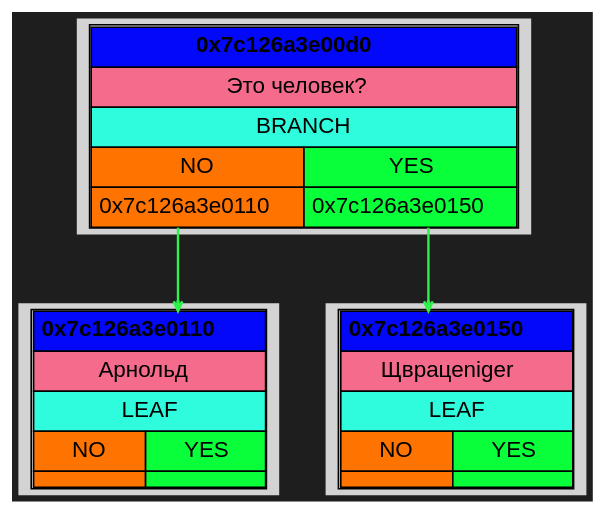
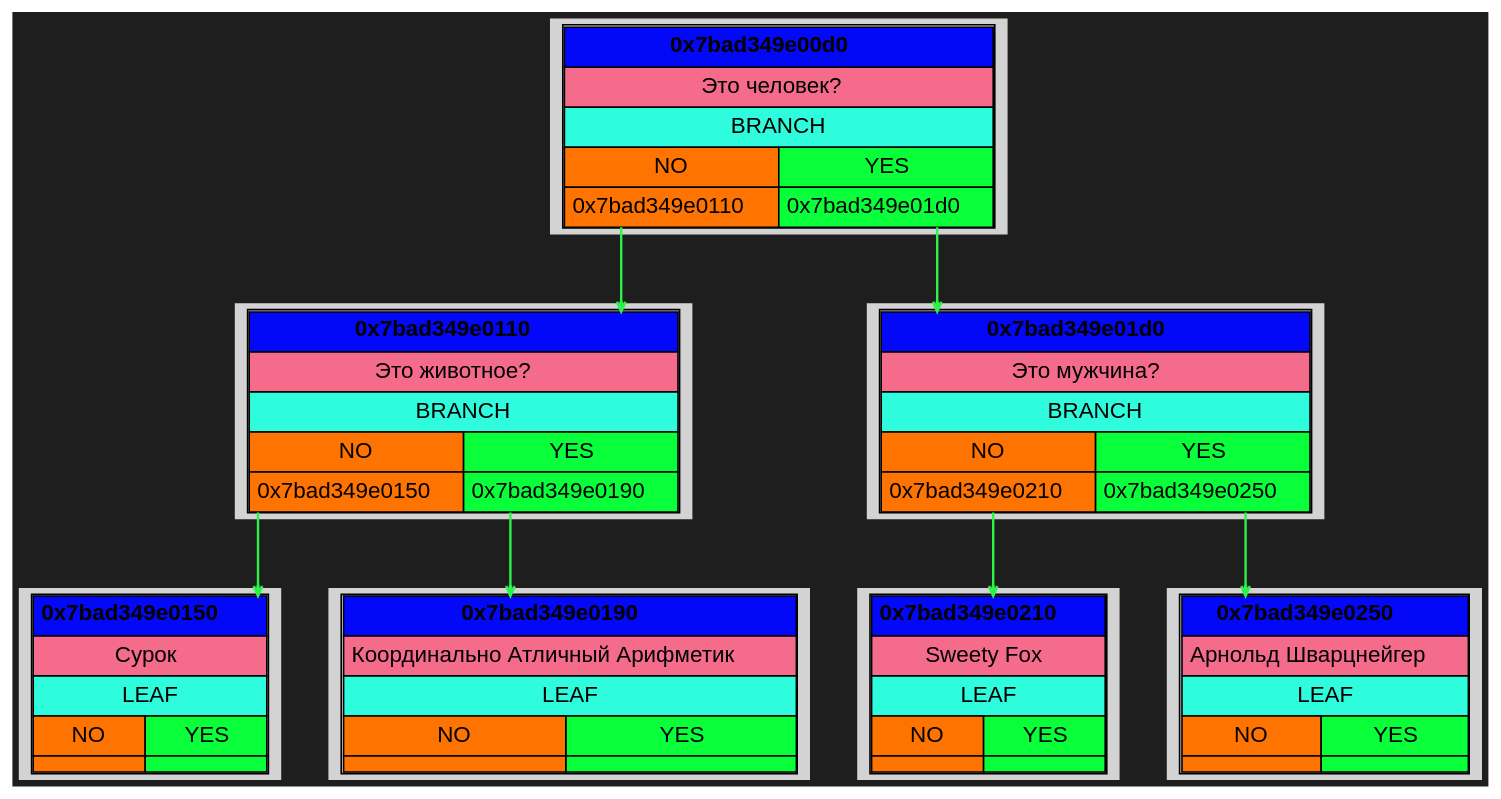
Before and after one commit to Kabuto-Mainer/New-Akinator: the diagram in Dump/Graph/1.dot, drawn with Graphviz. The commit also changed 19 other files, not shown here.

```diff
--- a/Dump/Graph/1.dot
+++ b/Dump/Graph/1.dot
@@ -1,49 +1,101 @@
 digraph {
   rankdir=UD;
   bgcolor="#1e1e1e"
   splines=ortho;
   nodesep=0.4;
   ranksep=0.6;
   node [shape=plaintext, style=filled, fontname="Helvetica"];
   edge [arrowhead=vee, arrowsize=0.6, penwidth=1.2];
 
-block_0x7c126a3e0110 [label=<
+block_0x7bad349e0150 [label=<
 <TABLE CELLSPACING="0" CELLPADDING="4">
-<TR><TD PORT="root" BGCOLOR="#0308f9ff" COLSPAN="2"><B>0x7c126a3e0110</B></TD></TR>
-<TR><TD BGCOLOR="#f46b8bff" COLSPAN="2">Арнольд</TD></TR>
+<TR><TD PORT="root" BGCOLOR="#0308f9ff" COLSPAN="2"><B>0x7bad349e0150</B></TD></TR>
+<TR><TD BGCOLOR="#f46b8bff" COLSPAN="2">Сурок</TD></TR>
 <TR><TD BGCOLOR="#2ffcdd" COLSPAN="2">LEAF</TD></TR>
 <TR><TD BGCOLOR="#ff7301ff">NO</TD><TD BGCOLOR="#08ff3aff">YES</TD></TR>
 <TR>
 <TD PORT="no" BGCOLOR="#ff7301ff"></TD>
 <TD PORT="yes" BGCOLOR="#08ff3aff"></TD>
 </TR>
 </TABLE> >];
 
-block_0x7c126a3e0150 [label=<
+block_0x7bad349e0190 [label=<
 <TABLE CELLSPACING="0" CELLPADDING="4">
-<TR><TD PORT="root" BGCOLOR="#0308f9ff" COLSPAN="2"><B>0x7c126a3e0150</B></TD></TR>
-<TR><TD BGCOLOR="#f46b8bff" COLSPAN="2">Щврацеniger</TD></TR>
+<TR><TD PORT="root" BGCOLOR="#0308f9ff" COLSPAN="2"><B>0x7bad349e0190</B></TD></TR>
+<TR><TD BGCOLOR="#f46b8bff" COLSPAN="2">Координально Атличный Арифметик</TD></TR>
 <TR><TD BGCOLOR="#2ffcdd" COLSPAN="2">LEAF</TD></TR>
 <TR><TD BGCOLOR="#ff7301ff">NO</TD><TD BGCOLOR="#08ff3aff">YES</TD></TR>
 <TR>
 <TD PORT="no" BGCOLOR="#ff7301ff"></TD>
 <TD PORT="yes" BGCOLOR="#08ff3aff"></TD>
 </TR>
 </TABLE> >];
 
-block_0x7c126a3e00d0 [label=<
+block_0x7bad349e0110 [label=<
 <TABLE CELLSPACING="0" CELLPADDING="4">
-<TR><TD PORT="root" BGCOLOR="#0308f9ff" COLSPAN="2"><B>0x7c126a3e00d0</B></TD></TR>
+<TR><TD PORT="root" BGCOLOR="#0308f9ff" COLSPAN="2"><B>0x7bad349e0110</B></TD></TR>
+<TR><TD BGCOLOR="#f46b8bff" COLSPAN="2">Это животное?</TD></TR>
+<TR><TD BGCOLOR="#2ffcdd" COLSPAN="2">BRANCH</TD></TR>
+<TR><TD BGCOLOR="#ff7301ff">NO</TD><TD BGCOLOR="#08ff3aff">YES</TD></TR>
+<TR>
+<TD PORT="no" BGCOLOR="#ff7301ff">0x7bad349e0150</TD>
+<TD PORT="yes" BGCOLOR="#08ff3aff">0x7bad349e0190</TD>
+</TR>
+</TABLE> >];
+
+block_0x7bad349e0210 [label=<
+<TABLE CELLSPACING="0" CELLPADDING="4">
+<TR><TD PORT="root" BGCOLOR="#0308f9ff" COLSPAN="2"><B>0x7bad349e0210</B></TD></TR>
+<TR><TD BGCOLOR="#f46b8bff" COLSPAN="2">Sweety Fox</TD></TR>
+<TR><TD BGCOLOR="#2ffcdd" COLSPAN="2">LEAF</TD></TR>
+<TR><TD BGCOLOR="#ff7301ff">NO</TD><TD BGCOLOR="#08ff3aff">YES</TD></TR>
+<TR>
+<TD PORT="no" BGCOLOR="#ff7301ff"></TD>
+<TD PORT="yes" BGCOLOR="#08ff3aff"></TD>
+</TR>
+</TABLE> >];
+
+block_0x7bad349e0250 [label=<
+<TABLE CELLSPACING="0" CELLPADDING="4">
+<TR><TD PORT="root" BGCOLOR="#0308f9ff" COLSPAN="2"><B>0x7bad349e0250</B></TD></TR>
+<TR><TD BGCOLOR="#f46b8bff" COLSPAN="2">Арнольд Шварцнейгер</TD></TR>
+<TR><TD BGCOLOR="#2ffcdd" COLSPAN="2">LEAF</TD></TR>
+<TR><TD BGCOLOR="#ff7301ff">NO</TD><TD BGCOLOR="#08ff3aff">YES</TD></TR>
+<TR>
+<TD PORT="no" BGCOLOR="#ff7301ff"></TD>
+<TD PORT="yes" BGCOLOR="#08ff3aff"></TD>
+</TR>
+</TABLE> >];
+
+block_0x7bad349e01d0 [label=<
+<TABLE CELLSPACING="0" CELLPADDING="4">
+<TR><TD PORT="root" BGCOLOR="#0308f9ff" COLSPAN="2"><B>0x7bad349e01d0</B></TD></TR>
+<TR><TD BGCOLOR="#f46b8bff" COLSPAN="2">Это мужчина?</TD></TR>
+<TR><TD BGCOLOR="#2ffcdd" COLSPAN="2">BRANCH</TD></TR>
+<TR><TD BGCOLOR="#ff7301ff">NO</TD><TD BGCOLOR="#08ff3aff">YES</TD></TR>
+<TR>
+<TD PORT="no" BGCOLOR="#ff7301ff">0x7bad349e0210</TD>
+<TD PORT="yes" BGCOLOR="#08ff3aff">0x7bad349e0250</TD>
+</TR>
+</TABLE> >];
+
+block_0x7bad349e00d0 [label=<
+<TABLE CELLSPACING="0" CELLPADDING="4">
+<TR><TD PORT="root" BGCOLOR="#0308f9ff" COLSPAN="2"><B>0x7bad349e00d0</B></TD></TR>
 <TR><TD BGCOLOR="#f46b8bff" COLSPAN="2">Это человек?</TD></TR>
 <TR><TD BGCOLOR="#2ffcdd" COLSPAN="2">BRANCH</TD></TR>
 <TR><TD BGCOLOR="#ff7301ff">NO</TD><TD BGCOLOR="#08ff3aff">YES</TD></TR>
 <TR>
-<TD PORT="no" BGCOLOR="#ff7301ff">0x7c126a3e0110</TD>
-<TD PORT="yes" BGCOLOR="#08ff3aff">0x7c126a3e0150</TD>
+<TD PORT="no" BGCOLOR="#ff7301ff">0x7bad349e0110</TD>
+<TD PORT="yes" BGCOLOR="#08ff3aff">0x7bad349e01d0</TD>
 </TR>
 </TABLE> >];
 
-block_0x7c126a3e00d0:no -> block_0x7c126a3e0110:root [color="#2bf349", penwidth = 1.5, arrowsize = 0.6, constraint = true];
-block_0x7c126a3e00d0:yes -> block_0x7c126a3e0150:root [color="#2bf349", penwidth = 1.5, arrowsize = 0.6, constraint = true];
+block_0x7bad349e0110:no -> block_0x7bad349e0150:root [color="#2bf349", penwidth = 1.5, arrowsize = 0.6, constraint = true];
+block_0x7bad349e0110:yes -> block_0x7bad349e0190:root [color="#2bf349", penwidth = 1.5, arrowsize = 0.6, constraint = true];
+block_0x7bad349e00d0:no -> block_0x7bad349e0110:root [color="#2bf349", penwidth = 1.5, arrowsize = 0.6, constraint = true];
+block_0x7bad349e01d0:no -> block_0x7bad349e0210:root [color="#2bf349", penwidth = 1.5, arrowsize = 0.6, constraint = true];
+block_0x7bad349e01d0:yes -> block_0x7bad349e0250:root [color="#2bf349", penwidth = 1.5, arrowsize = 0.6, constraint = true];
+block_0x7bad349e00d0:yes -> block_0x7bad349e01d0:root [color="#2bf349", penwidth = 1.5, arrowsize = 0.6, constraint = true];
 
 }
```
